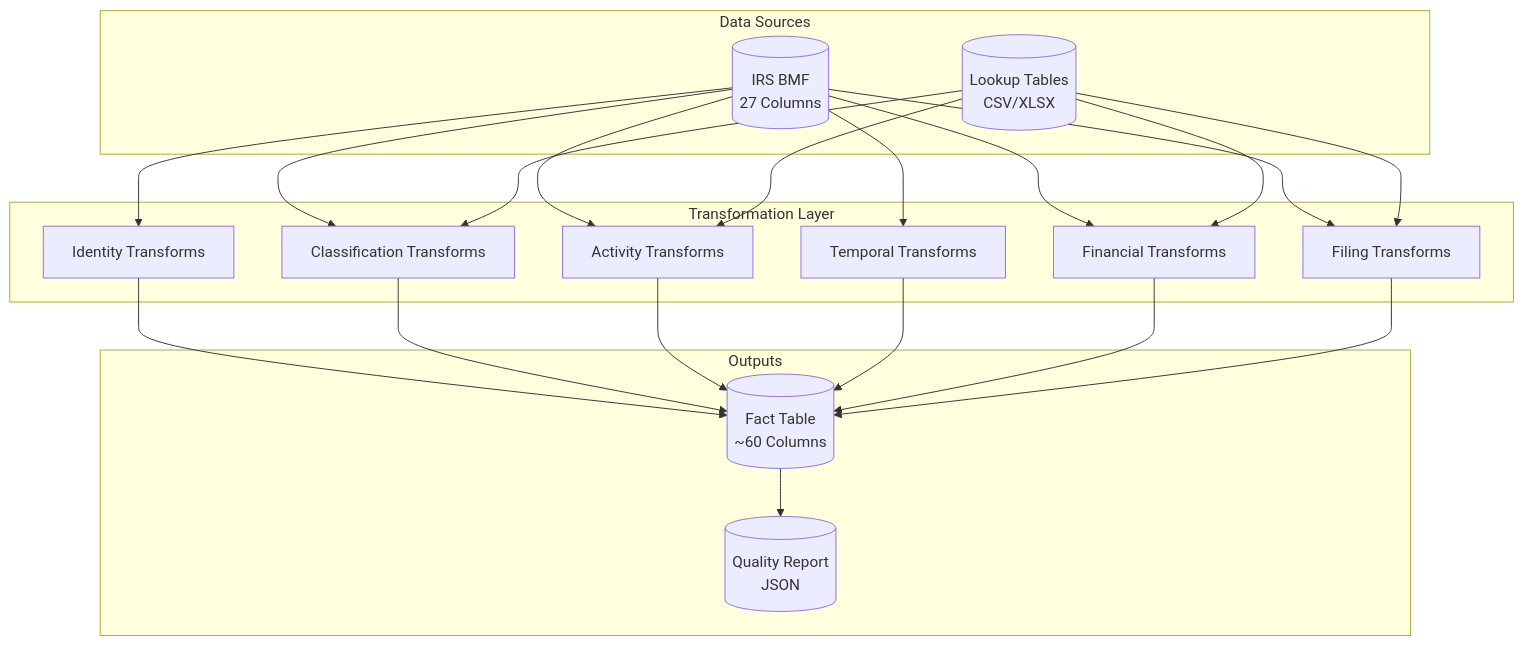
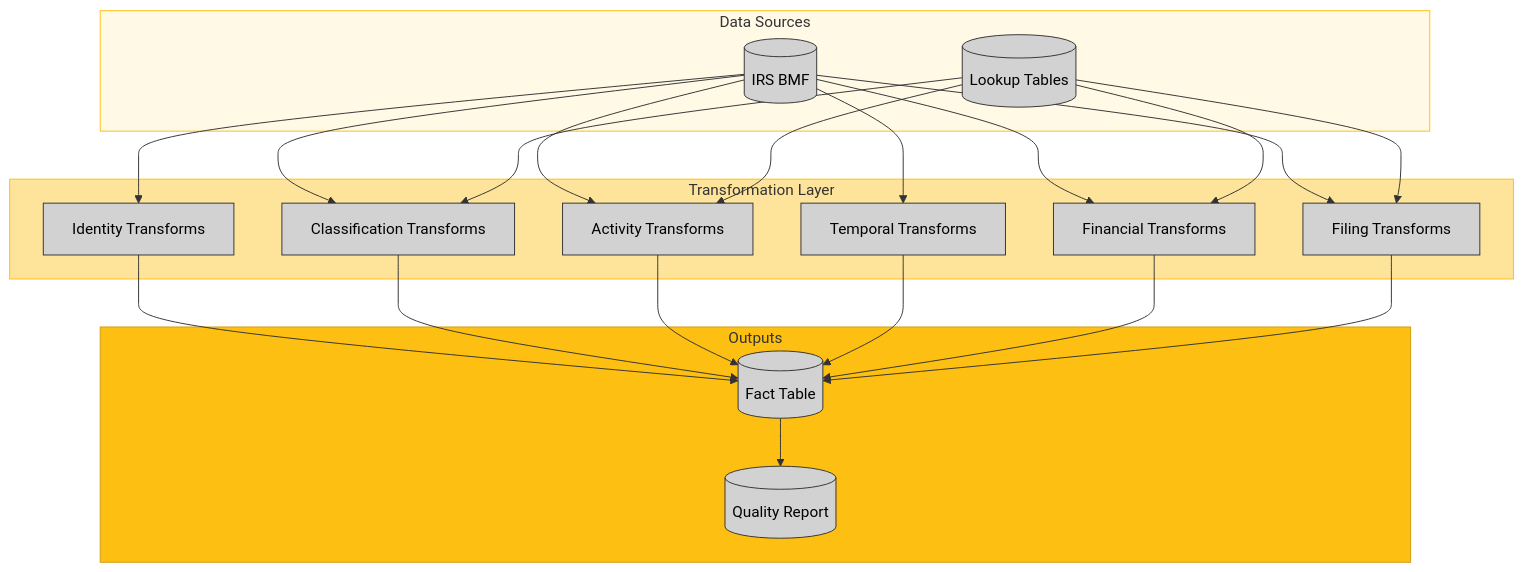
Before and after one commit to UrbanInstitute/nccs-data-bmf: the first of 10 diagrams in docs/02-data-lineage.qmd, drawn with Mermaid. The commit also changed other lines of this file, not shown here.

First line of the commit message:
Update data lineage docs with theming and dimension tables

````diff
--- a/docs/02-data-lineage.qmd
+++ b/docs/02-data-lineage.qmd
@@ -11,42 +11,49 @@
 ```{mermaid}
 %%| fig-width: 10
+%%| fig-height: 8
 flowchart TB
-    subgraph Sources["Data Sources"]
-        IRS[("IRS BMF<br/>27 Columns")]
-        LOOKUP[("Lookup Tables<br/>CSV/XLSX")]
+    classDef node fill:#d2d2d2,stroke:#333,color:#000
+
+    subgraph Sources[Data Sources]
+        IRS[(IRS BMF)]
+        LOOKUP[(Lookup Tables)]
     end
 
-    subgraph Transform["Transformation Layer"]
+    subgraph Transform[Transformation Layer]
         T1[Identity Transforms]
         T2[Classification Transforms]
         T3[Activity Transforms]
         T4[Temporal Transforms]
         T5[Financial Transforms]
         T6[Filing Transforms]
     end
 
-    subgraph Outputs["Outputs"]
-        FACT[("Fact Table<br/>~60 Columns")]
-        QUALITY[("Quality Report<br/>JSON")]
+    subgraph Outputs[Outputs]
+        FACT[(Fact Table)]
+        QUALITY[(Quality Report)]
     end
 
     IRS --> T1
     IRS --> T2
     IRS --> T3
     IRS --> T4
     IRS --> T5
     IRS --> T6
 
     LOOKUP --> T2
     LOOKUP --> T3
     LOOKUP --> T5
     LOOKUP --> T6
 
     T1 --> FACT
     T2 --> FACT
     T3 --> FACT
     T4 --> FACT
     T5 --> FACT
     T6 --> FACT
     FACT --> QUALITY
+
+    style Sources fill:#fff9e6,stroke:#fdbf11
+    style Transform fill:#fee39b,stroke:#fdbf11
+    style Outputs fill:#fdbf11,stroke:#d19c0f
 ```
````
